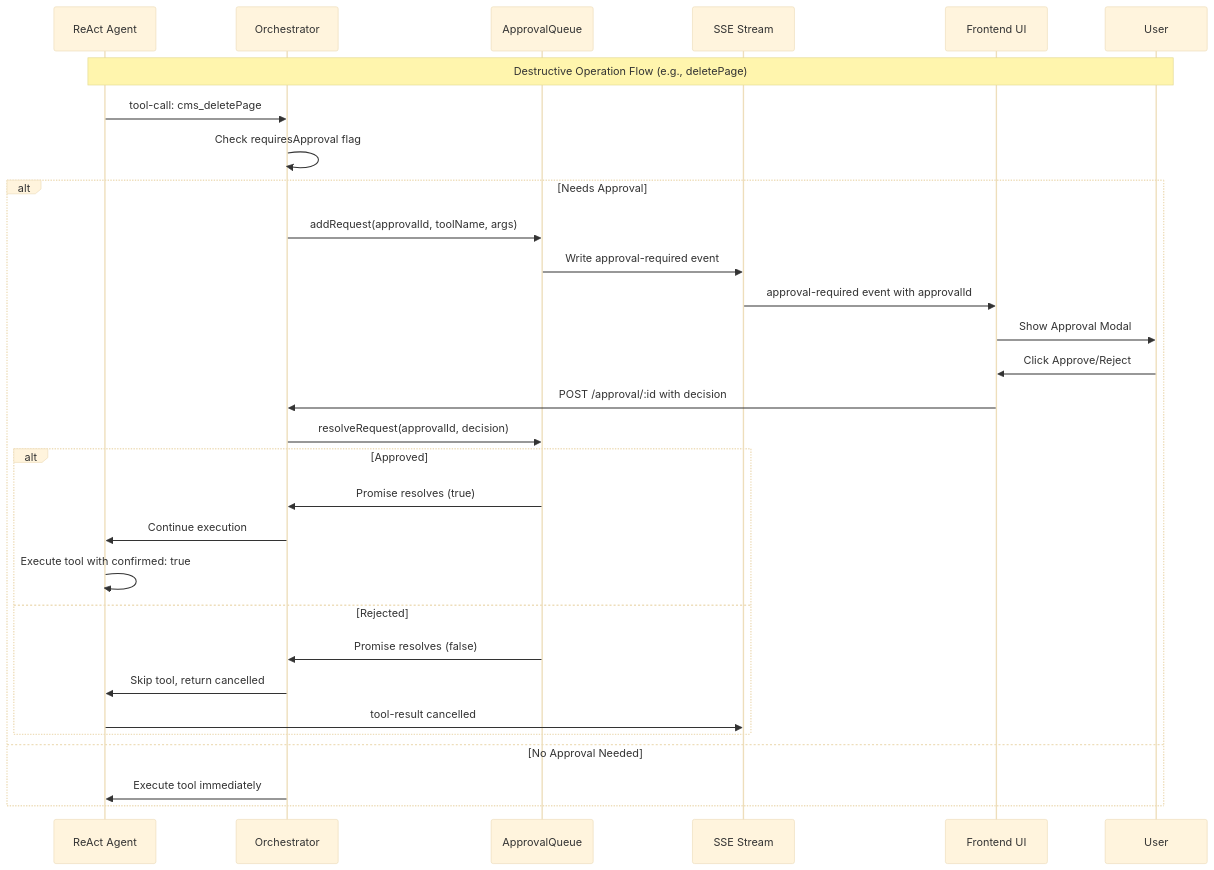
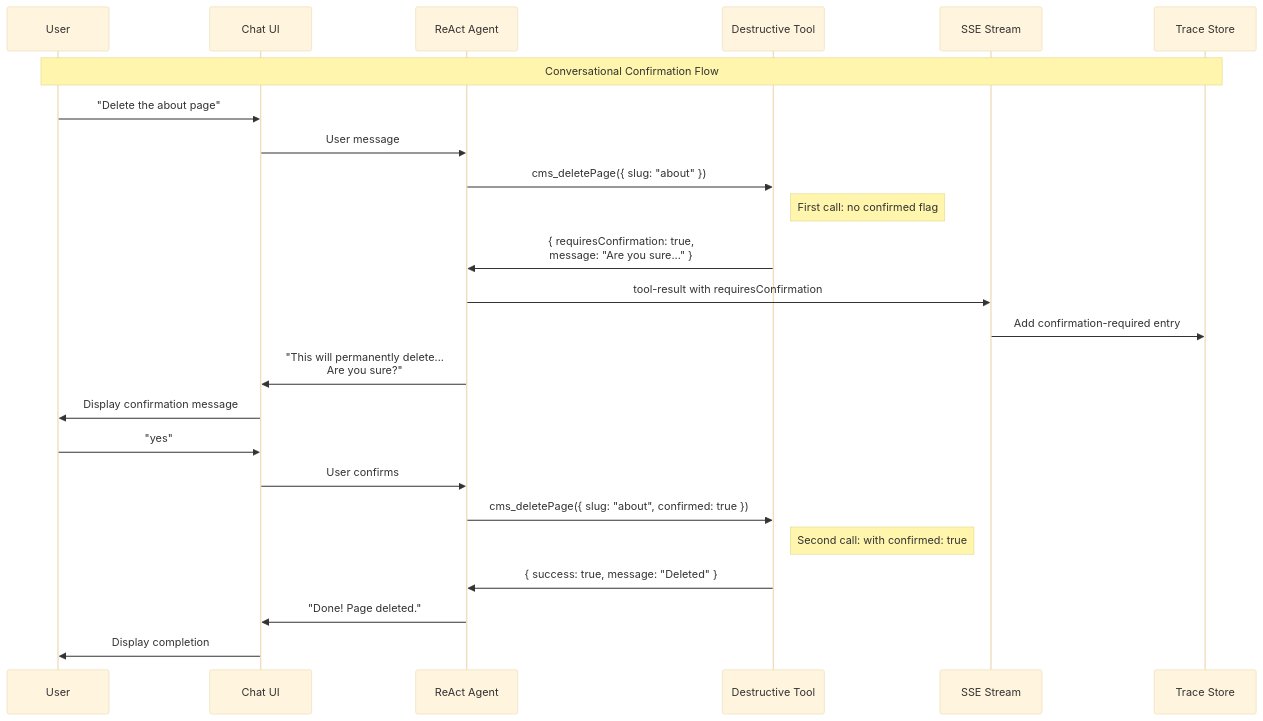
Before and after one commit to gabros20/react-agent-prototype: the sixth of 10 diagrams in docs/architecture/AGENT_SYSTEM_DIAGRAM.md, drawn with Mermaid (base theme). The commit also changed other lines of this file and 62 other files, not shown here.

````diff
--- a/docs/architecture/AGENT_SYSTEM_DIAGRAM.md
+++ b/docs/architecture/AGENT_SYSTEM_DIAGRAM.md
@@ -595,37 +589,34 @@
 ```mermaid
 sequenceDiagram
+    participant User as User
+    participant Chat as Chat UI
     participant Agent as ReAct Agent
-    participant Orchestrator as Orchestrator
-    participant Queue as ApprovalQueue
+    participant Tool as Destructive Tool
     participant SSE as SSE Stream
-    participant UI as Frontend UI
-    participant User as User
+    participant Trace as Trace Store
 
-    Note over Agent,User: Destructive Operation Flow (e.g., deletePage)
+    Note over User,Trace: Conversational Confirmation Flow
 
-    Agent->>Orchestrator: tool-call: cms_deletePage
-    Orchestrator->>Orchestrator: Check requiresApproval flag
+    User->>Chat: "Delete the about page"
+    Chat->>Agent: User message
 
-    alt Needs Approval
-        Orchestrator->>Queue: addRequest(approvalId, toolName, args)
-        Queue->>SSE: Write approval-required event
-        SSE->>UI: approval-required event with approvalId
-        UI->>User: Show Approval Modal
+    Agent->>Tool: cms_deletePage({ slug: "about" })
+    Note right of Tool: First call: no confirmed flag
 
-        User->>UI: Click Approve/Reject
-        UI->>Orchestrator: POST /approval/:id with decision
-        Orchestrator->>Queue: resolveRequest(approvalId, decision)
+    Tool->>Agent: { requiresConfirmation: true,<br/>message: "Are you sure..." }
+    Agent->>SSE: tool-result with requiresConfirmation
+    SSE->>Trace: Add confirmation-required entry
 
-        alt Approved
-            Queue->>Orchestrator: Promise resolves (true)
-            Orchestrator->>Agent: Continue execution
-            Agent->>Agent: Execute tool with confirmed: true
-        else Rejected
-            Queue->>Orchestrator: Promise resolves (false)
-            Orchestrator->>Agent: Skip tool, return cancelled
-            Agent->>SSE: tool-result cancelled
-        end
-    else No Approval Needed
-        Orchestrator->>Agent: Execute tool immediately
-    end
+    Agent->>Chat: "This will permanently delete...<br/>Are you sure?"
+    Chat->>User: Display confirmation message
+
+    User->>Chat: "yes"
+    Chat->>Agent: User confirms
+
+    Agent->>Tool: cms_deletePage({ slug: "about", confirmed: true })
+    Note right of Tool: Second call: with confirmed: true
+
+    Tool->>Agent: { success: true, message: "Deleted" }
+    Agent->>Chat: "Done! Page deleted."
+    Chat->>User: Display completion
 ```
````
